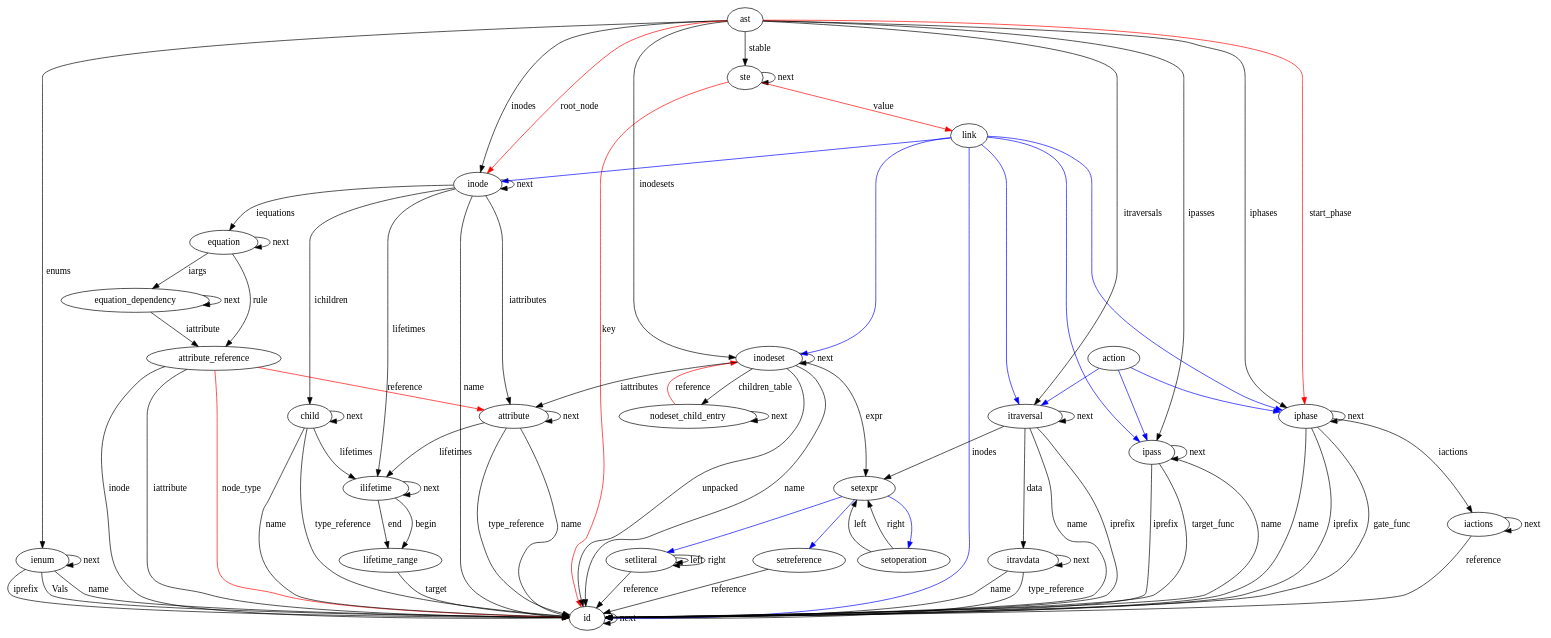
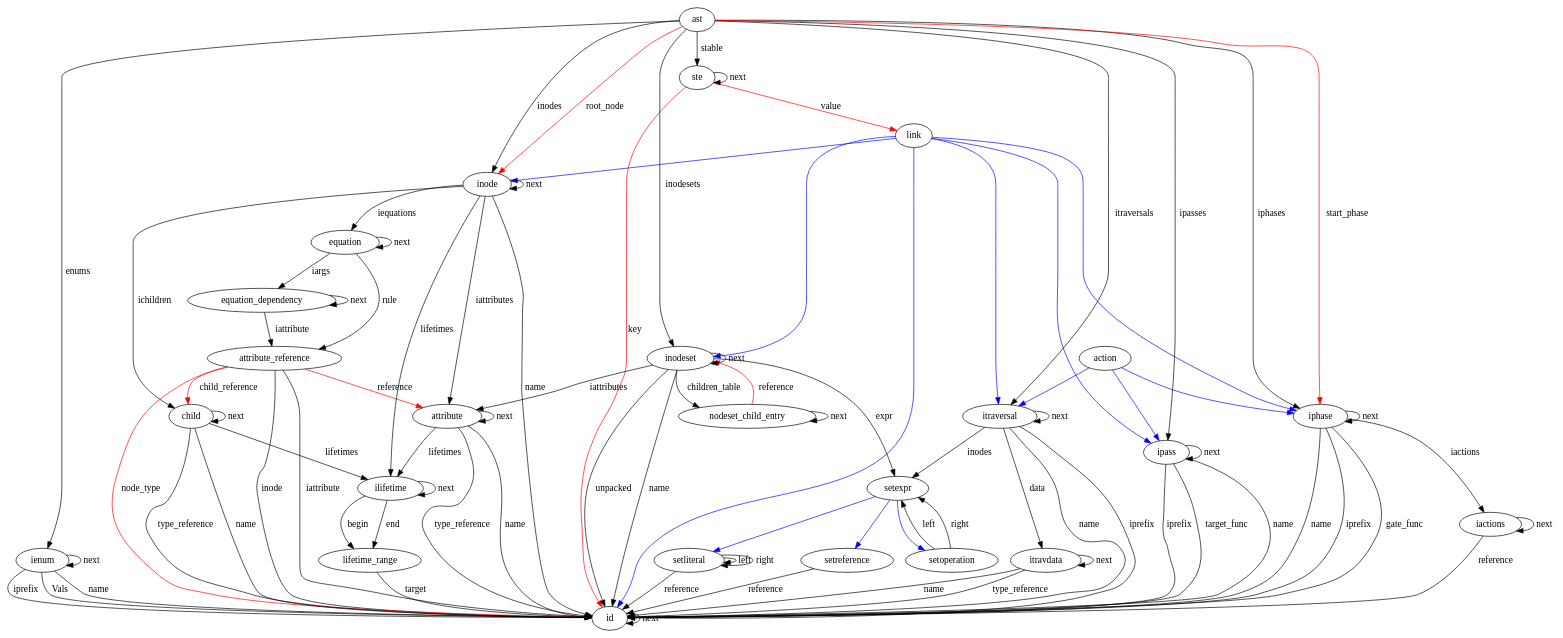
The diagram in cocogen/ccngen/ast.dot (CoCoNut-UvA/coconut), drawn with Graphviz before and after one commit. The commit also changed 21 other files, not shown here.

```diff
--- a/cocogen/ccngen/ast.dot
+++ b/cocogen/ccngen/ast.dot
@@ -1,116 +1,117 @@
 digraph Ast {
 id;
 id -> id[label="next"]
 ienum;
 ienum -> id[label="Vals"]
 ienum -> id[label="name"]
 ienum -> id[label="iprefix"]
 ienum -> ienum[label="next"]
 attribute_reference;
 attribute_reference -> id[label="inode"]
 attribute_reference -> id[label="iattribute"]
 attribute_reference -> id[color=red, label="node_type"]
 attribute_reference -> attribute[color=red, label="reference"]
+attribute_reference -> child[color=red, label="child_reference"]
 equation_dependency;
 equation_dependency -> attribute_reference[label="iattribute"]
 equation_dependency -> equation_dependency[label="next"]
 equation;
 equation -> attribute_reference[label="rule"]
 equation -> equation_dependency[label="iargs"]
 equation -> equation[label="next"]
 attribute;
 attribute -> id[label="name"]
 attribute -> id[label="type_reference"]
 attribute -> ilifetime[label="lifetimes"]
 attribute -> attribute[label="next"]
 itravdata;
 itravdata -> id[label="name"]
 itravdata -> id[label="type_reference"]
 itravdata -> itravdata[label="next"]
 setoperation;
 setoperation -> setexpr[label="left"]
 setoperation -> setexpr[label="right"]
 setliteral;
 setliteral -> id[label="reference"]
 setliteral -> setliteral[label="left"]
 setliteral -> setliteral[label="right"]
 setreference;
 setreference -> id[label="reference"]
 ste;
 ste -> ste[label="next"]
 ste -> id[color=red, label="key"]
 ste -> link[color=red, label="value"]
 child;
 child -> id[label="name"]
 child -> ilifetime[label="lifetimes"]
 child -> child[label="next"]
 child -> id[label="type_reference"]
 lifetime_range;
 lifetime_range -> id[label="target"]
 ilifetime;
 ilifetime -> lifetime_range[label="begin"]
 ilifetime -> lifetime_range[label="end"]
 ilifetime -> ilifetime[label="next"]
 nodeset_child_entry;
 nodeset_child_entry -> nodeset_child_entry[label="next"]
 nodeset_child_entry -> inodeset[color=red, label="reference"]
 inodeset;
 inodeset -> id[label="name"]
 inodeset -> setexpr[label="expr"]
 inodeset -> attribute[label="iattributes"]
 inodeset -> id[label="unpacked"]
 inodeset -> inodeset[label="next"]
 inodeset -> nodeset_child_entry[label="children_table"]
 inode;
 inode -> id[label="name"]
 inode -> inode[label="next"]
 inode -> child[label="ichildren"]
 inode -> attribute[label="iattributes"]
 inode -> equation[label="iequations"]
 inode -> ilifetime[label="lifetimes"]
 ipass;
 ipass -> id[label="name"]
 ipass -> id[label="iprefix"]
 ipass -> id[label="target_func"]
 ipass -> ipass[label="next"]
 itraversal;
 itraversal -> id[label="name"]
 itraversal -> id[label="iprefix"]
 itraversal -> setexpr[label="inodes"]
 itraversal -> itravdata[label="data"]
 itraversal -> itraversal[label="next"]
 iphase;
 iphase -> id[label="name"]
 iphase -> id[label="iprefix"]
 iphase -> id[label="gate_func"]
 iphase -> iactions[label="iactions"]
 iphase -> iphase[label="next"]
 iactions;
 iactions -> id[label="reference"]
 iactions -> iactions[label="next"]
 ast;
 ast -> iphase[label="iphases"]
 ast -> itraversal[label="itraversals"]
 ast -> ipass[label="ipasses"]
 ast -> inode[label="inodes"]
 ast -> inodeset[label="inodesets"]
 ast -> ienum[label="enums"]
 ast -> ste[label="stable"]
 ast -> inode[color=red, label="root_node"]
 ast -> iphase[color=red, label="start_phase"]
 setexpr;
 setexpr -> setoperation [color=blue]
 setexpr -> setreference [color=blue]
 setexpr -> setliteral [color=blue]
 link;
 link -> iphase [color=blue]
 link -> itraversal [color=blue]
 link -> ipass [color=blue]
 link -> inode [color=blue]
 link -> inodeset [color=blue]
 link -> id [color=blue]
 action;
 action -> iphase [color=blue]
 action -> itraversal [color=blue]
 action -> ipass [color=blue]
 }
```
